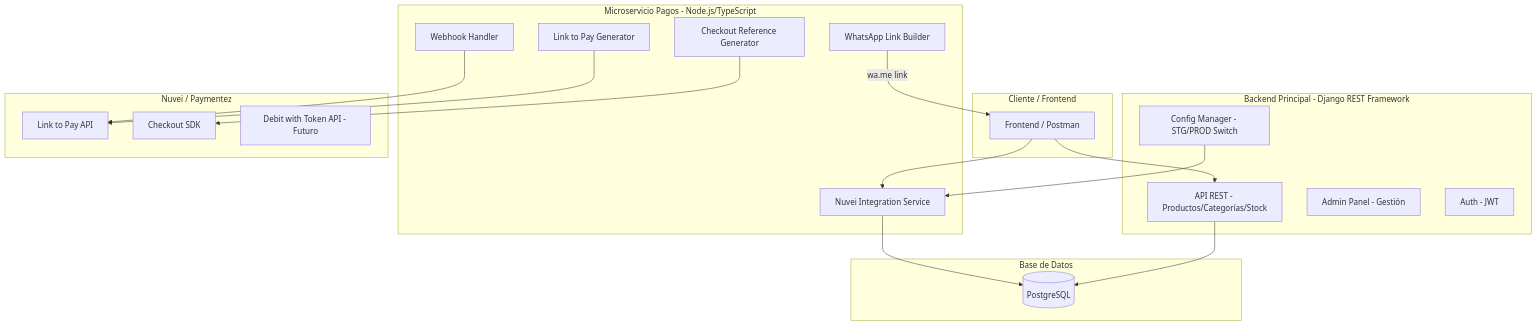
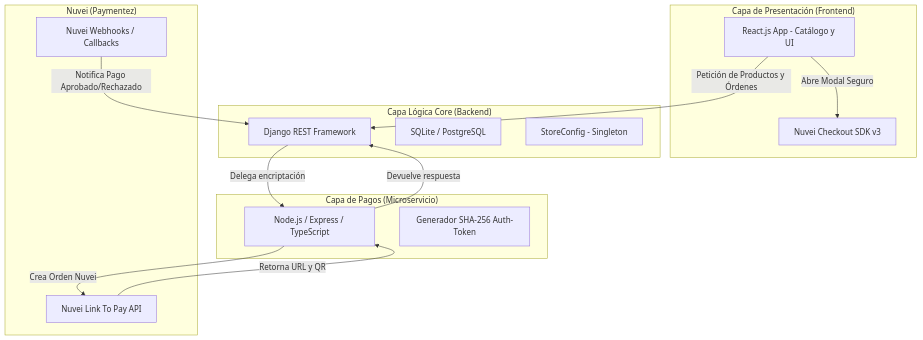
Before and after one commit to Teban7u7/proyecto-ecommerce-unemi: the diagram in implementation_plan.md, drawn with Mermaid. The commit also changed other lines of this file and 8 other files, not shown here.

````diff
--- a/implementation_plan.md
+++ b/implementation_plan.md
@@ -10,41 +11,31 @@
 ```mermaid
 graph TB
-    subgraph "Cliente / Frontend"
-        A[Frontend / Postman]
+    subgraph "Capa de Presentación (Frontend)"
+        A[React.js App - Catálogo y UI]
+        B[Nuvei Checkout SDK v3]
     end
     
-    subgraph "Backend Principal - Django REST Framework"
-        B[API REST - Productos/Categorías/Stock]
-        C[Admin Panel - Gestión]
-        D[Auth - JWT]
-        E[Config Manager - STG/PROD Switch]
+    subgraph "Capa Lógica Core (Backend)"
+        C[Django REST Framework]
+        D[SQLite / PostgreSQL]
+        E[StoreConfig - Singleton]
     end
     
-    subgraph "Microservicio Pagos - Node.js/TypeScript"
-        F[Nuvei Integration Service]
-        G[Link to Pay Generator]
-        H[Checkout Reference Generator]
-        I[WhatsApp Link Builder]
-        J[Webhook Handler]
+    subgraph "Capa de Pagos (Microservicio)"
+        F[Node.js / Express / TypeScript]
+        G[Generador SHA-256 Auth-Token]
     end
     
-    subgraph "Base de Datos"
-        K[(PostgreSQL)]
+    subgraph "Nuvei (Paymentez)"
+        H[Nuvei Link To Pay API]
+        I[Nuvei Webhooks / Callbacks]
     end
     
-    subgraph "Nuvei / Paymentez"
-        L[Link to Pay API]
-        M[Checkout SDK]
-        N[Debit with Token API - Futuro]
-    end
-    
-    A --> B
-    A --> F
-    B --> K
-    F --> K
-    E --> F
-    G --> L
-    H --> M
-    I --> |wa.me link| A
-    J --> L
+    A -->|Petición de Productos y Órdenes| C
+    A -->|Abre Modal Seguro| B
+    C -->|Delega encriptación| F
+    F -->|Crea Orden Nuvei| H
+    H -->|Retorna URL y QR| F
+    F -->|Devuelve respuesta| C
+    I -->|Notifica Pago Aprobado/Rechazado| C
 ```
````
